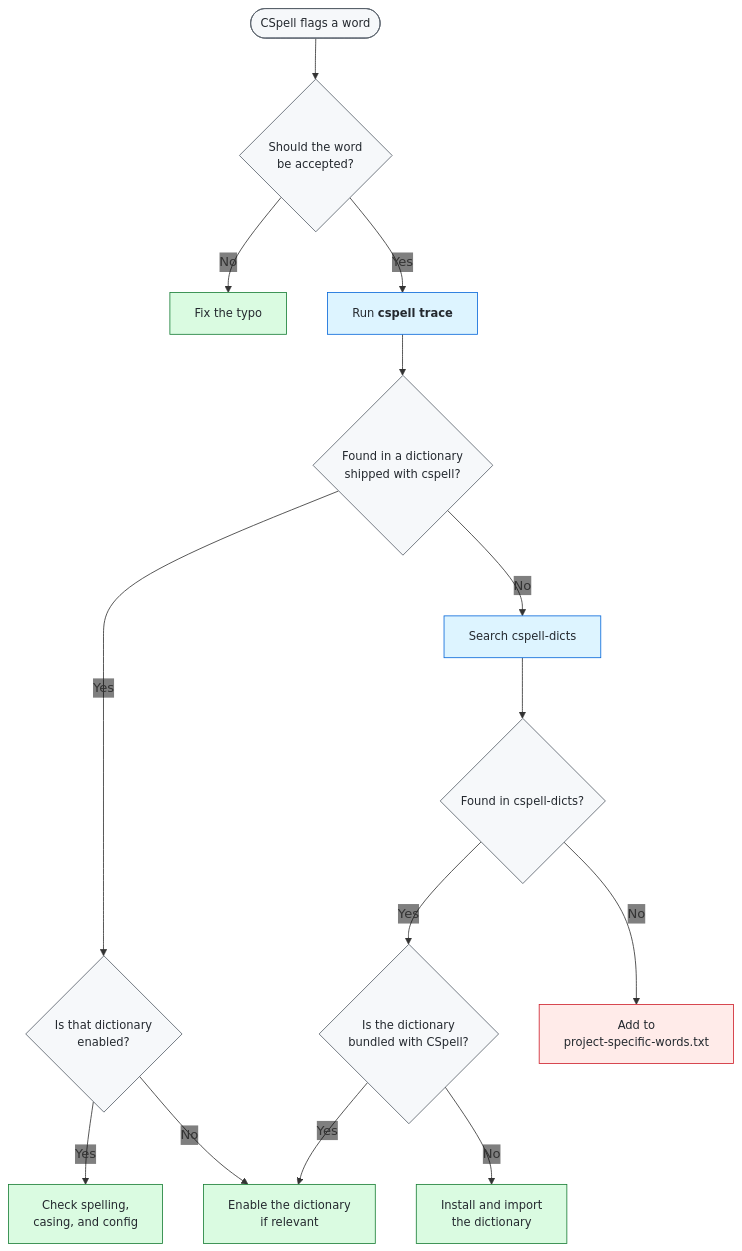
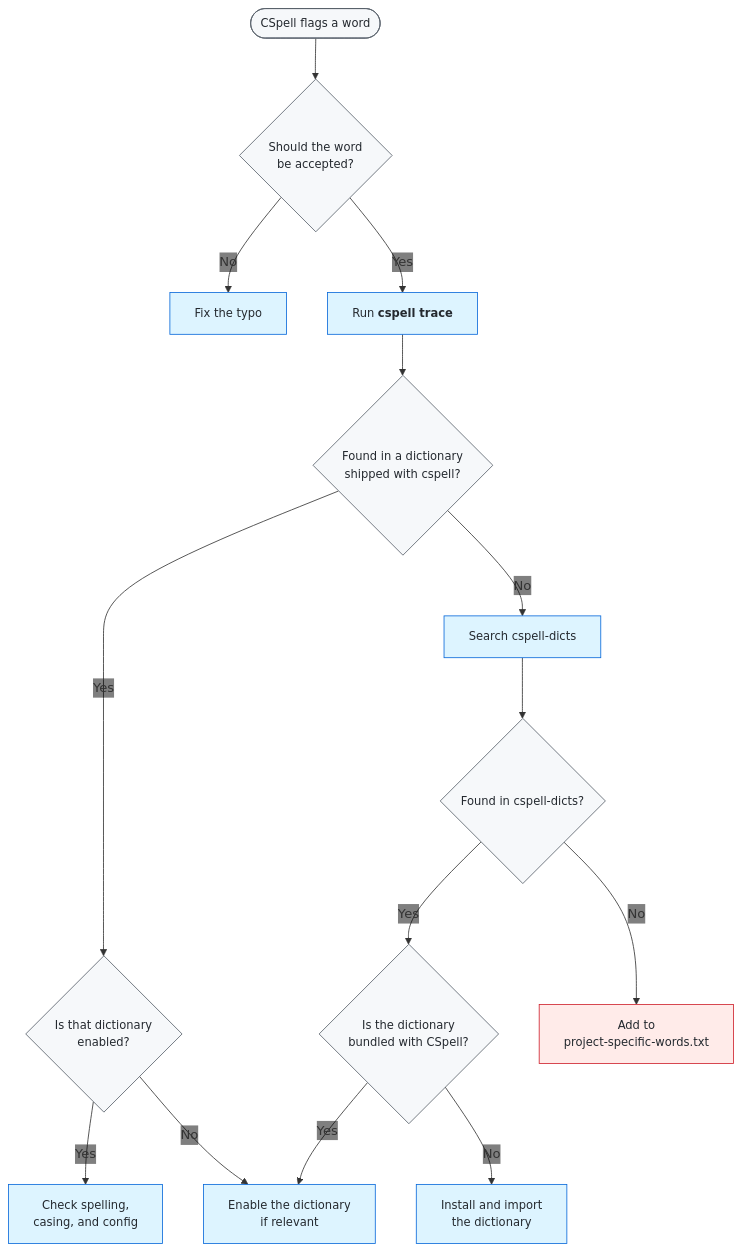
One commit to ScilifelabDataCentre/data-centre-template changed the diagram in .config/cspell/README.md. Above: the diagram before and after it, drawn with Mermaid.

Commit message:
change colors

````diff
--- a/.config/cspell/README.md
+++ b/.config/cspell/README.md
@@ -75,37 +75,35 @@
 ```mermaid
 ---
 config:
   themeVariables:
     edgeLabelBackground: transparent
 ---
 flowchart TD
     A([CSpell flags a word]) --> B{Should the word<br/>be accepted?}
 
     B -->|No| C[Fix the typo]
     B -->|Yes| D["`Run **cspell trace**`"]
 
     D --> E{"`Found in a dictionary<br/>shipped with cspell?`"}
 
     E -->|Yes| F{"`Is that dictionary<br/>enabled?`"}
     F -->|Yes| G[Check spelling,<br/>casing, and config]
     F -->|No| H[Enable the dictionary<br/>if relevant]
 
     E -->|No| I[Search cspell-dicts]
     I --> J{"`Found in cspell-dicts?`"}
 
     J -->|Yes| K{"`Is the dictionary<br/>bundled with CSpell?`"}
     K -->|Yes| H
     K -->|No| L[Install and import<br/>the dictionary]
 
     J -->|No| M[Add to<br/>project-specific-words.txt]
 
     classDef neutral fill:#f6f8fa,stroke:#57606a,color:#24292f,font-size:14px;
-    classDef action fill:#ddf4ff,stroke:#0969da,color:#24292f,font-size:14px;
-    classDef preferred fill:#dafbe1,stroke:#1a7f37,color:#24292f,font-size:14px;
+    classDef do fill:#ddf4ff,stroke:#0969da,color:#24292f,font-size:14px;
     classDef fallback fill:#ffebe9,stroke:#cf222e,color:#24292f,font-size:14px;
 
     class A,B,E,F,J,K neutral; 
-    class D,I action;
-    class C,G,H,L preferred;
+    class C,D,G,H,I,L do;
     class M fallback;
 ```
````
